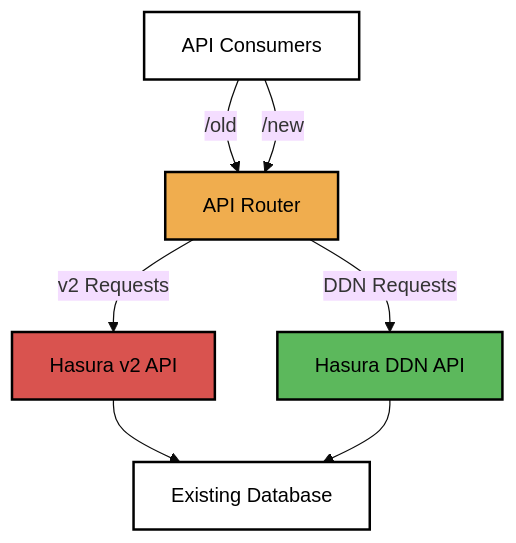
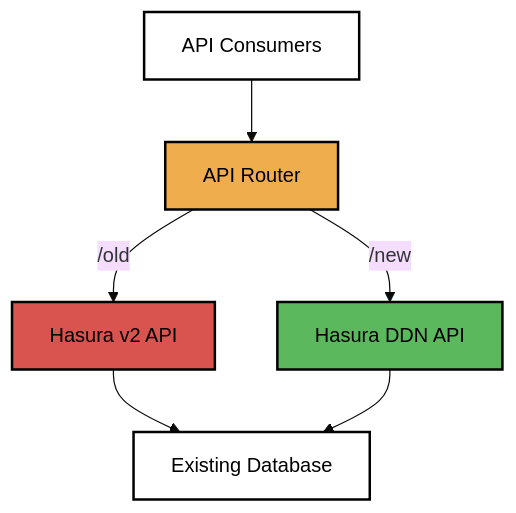
The second of 3 diagrams in docs/upgrade/guide.mdx (hasura/ddn-docs), drawn with Mermaid (base theme) before and after one commit. The commit also changed other lines of this file and 1 other file, not shown here.

````diff
--- a/docs/upgrade/guide.mdx
+++ b/docs/upgrade/guide.mdx
@@ -126,14 +168,13 @@
 ```mermaid
 graph TD
-    A[API Consumers] -->|/old| B[API Router]
-    A -->|/new| B
-    B -->|v2 Requests| C[Hasura v2 API]
-    B -->|DDN Requests| D[Hasura DDN API]
+    A[API Consumers] --> B[API Router]
+    B -->|/old| C[Hasura v2 API]
+    B -->|/new| D[Hasura DDN API]
     C --> E[Existing Database]
     D --> E
     style A fill:#ffffff,stroke:#000000,stroke-width:2px,color:#000000
     style B fill:#f0ad4e,stroke:#000000,stroke-width:2px,color:#000000
     style C fill:#d9534f,stroke:#000000,stroke-width:2px,color:#000000
     style D fill:#5cb85c,stroke:#000000,stroke-width:2px,color:#000000
     style E fill:#ffffff,stroke:#000000,stroke-width:2px,color:#000000
 ```
````
